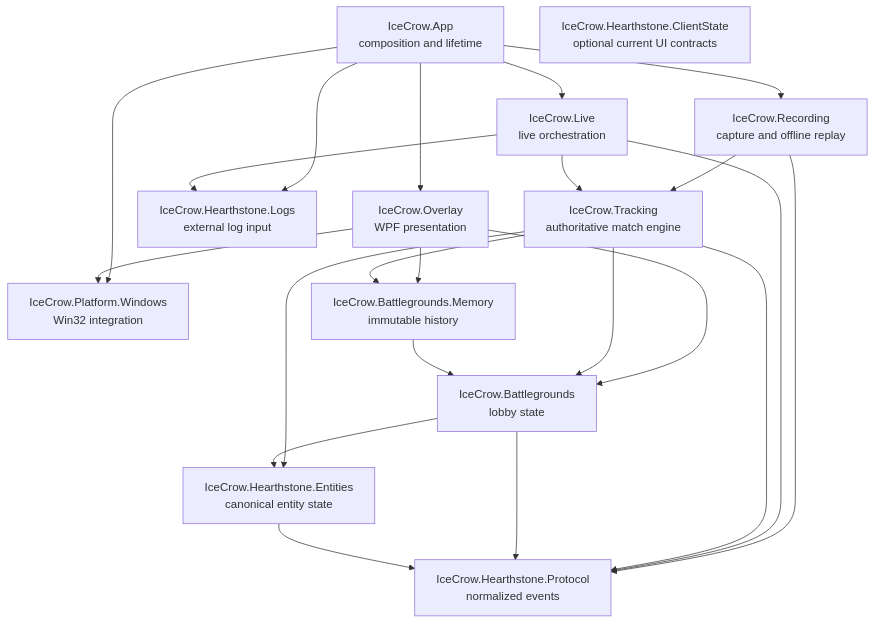
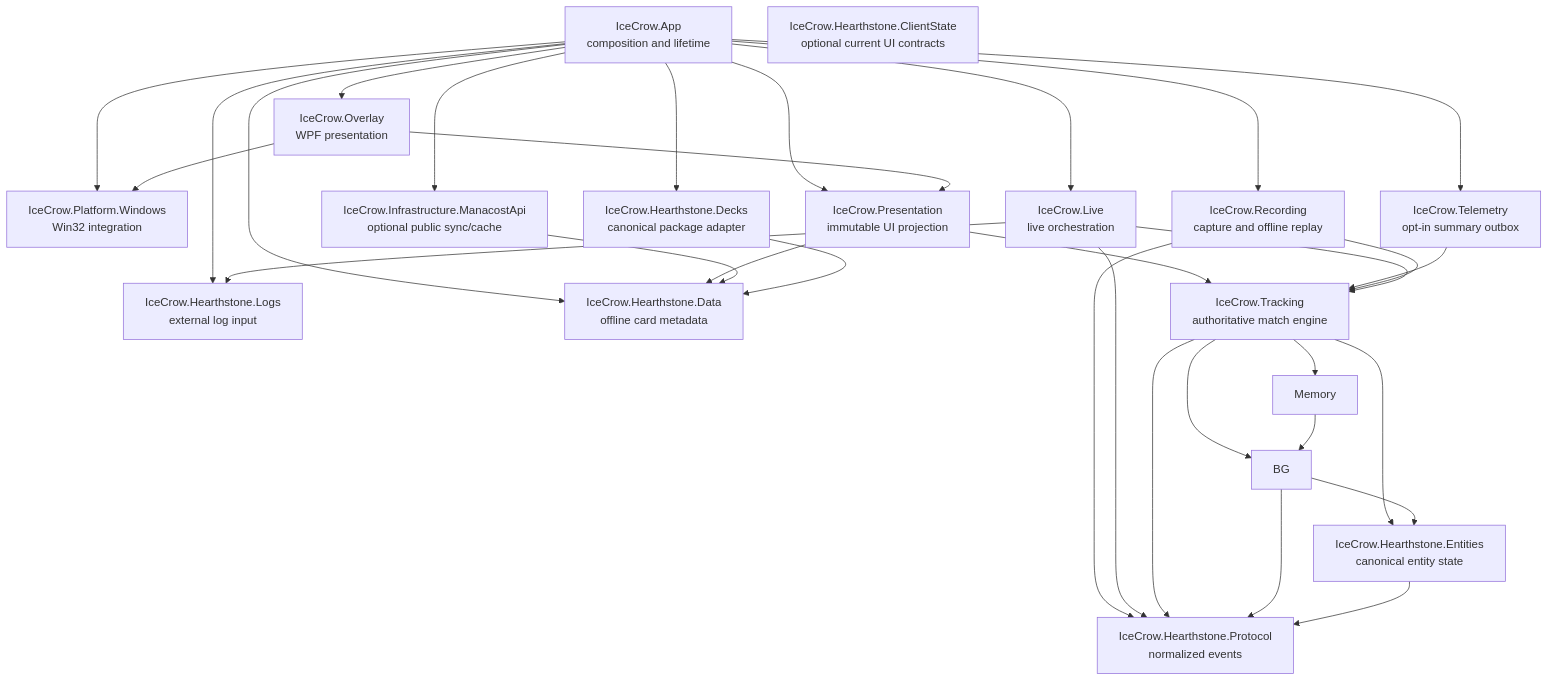
Before and after one commit to Manacost-Labs/IceCrow: the diagram in README.md, drawn with Mermaid. The commit also changed other lines of this file and 94 other files, not shown here.

Commit message:
Add modular data, deck, and telemetry foundations

````diff
--- a/README.md
+++ b/README.md
@@ -35,28 +41,37 @@
 ```mermaid
 flowchart TD
     App["IceCrow.App<br/>composition and lifetime"] --> Overlay["IceCrow.Overlay<br/>WPF presentation"]
     App --> Logs["IceCrow.Hearthstone.Logs<br/>external log input"]
     App --> Windows["IceCrow.Platform.Windows<br/>Win32 integration"]
     App --> Recording["IceCrow.Recording<br/>capture and offline replay"]
     App --> Live["IceCrow.Live<br/>live orchestration"]
+    App --> Presentation["IceCrow.Presentation<br/>immutable UI projection"]
+    App --> Data["IceCrow.Hearthstone.Data<br/>offline card metadata"]
+    App --> Api["IceCrow.Infrastructure.ManacostApi<br/>optional public sync/cache"]
+    App --> Decks["IceCrow.Hearthstone.Decks<br/>canonical package adapter"]
+    App --> Telemetry["IceCrow.Telemetry<br/>opt-in summary outbox"]
     ClientState["IceCrow.Hearthstone.ClientState<br/>optional current UI contracts"]
 
-    Overlay --> BG["IceCrow.Battlegrounds<br/>lobby state"]
-    Overlay --> Memory["IceCrow.Battlegrounds.Memory<br/>immutable history"]
+    Overlay --> Presentation
     Overlay --> Windows
+    Presentation --> Tracking
+    Presentation --> Data
+    Api --> Data
+    Decks --> Data
+    Telemetry --> Tracking
 
     Recording --> Tracking["IceCrow.Tracking<br/>authoritative match engine"]
     Recording --> Protocol["IceCrow.Hearthstone.Protocol<br/>normalized events"]
     Live --> Logs
     Live --> Protocol
     Live --> Tracking
     Tracking --> Protocol
     Tracking --> Entities["IceCrow.Hearthstone.Entities<br/>canonical entity state"]
     Tracking --> BG
     Tracking --> Memory
 
     Memory --> BG
     BG --> Entities
     BG --> Protocol
     Entities --> Protocol
 ```
````
